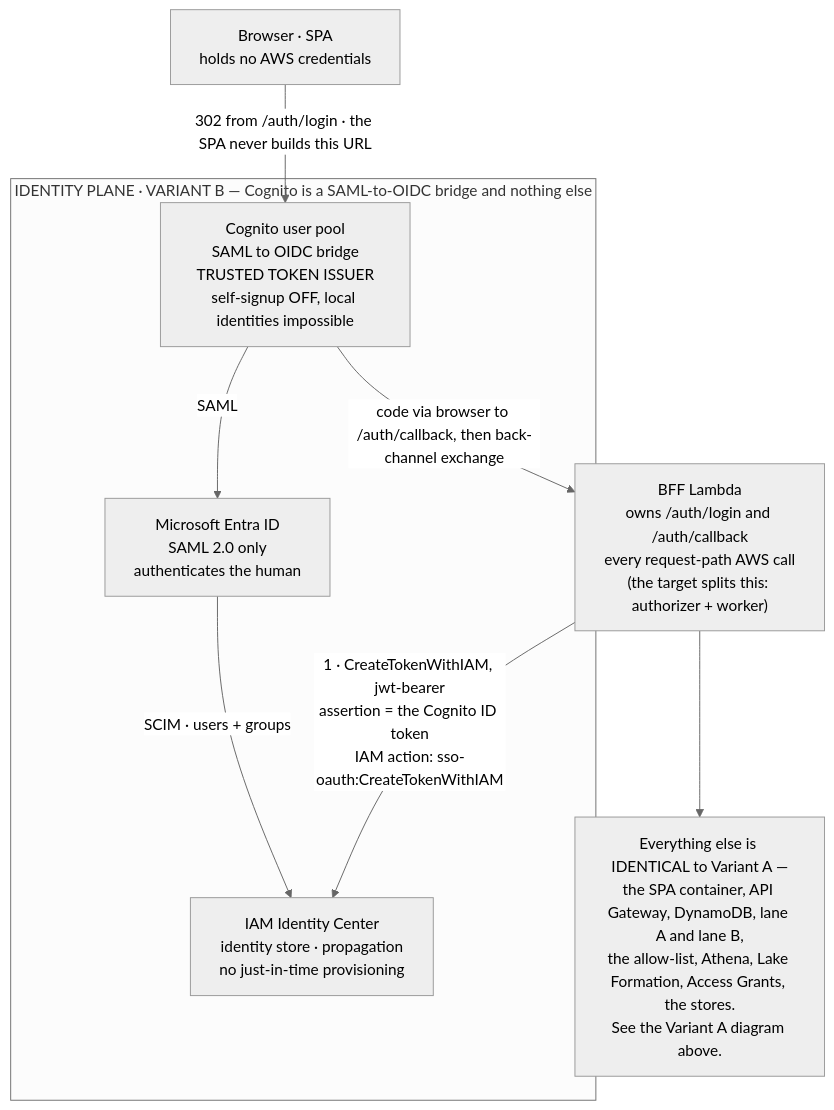
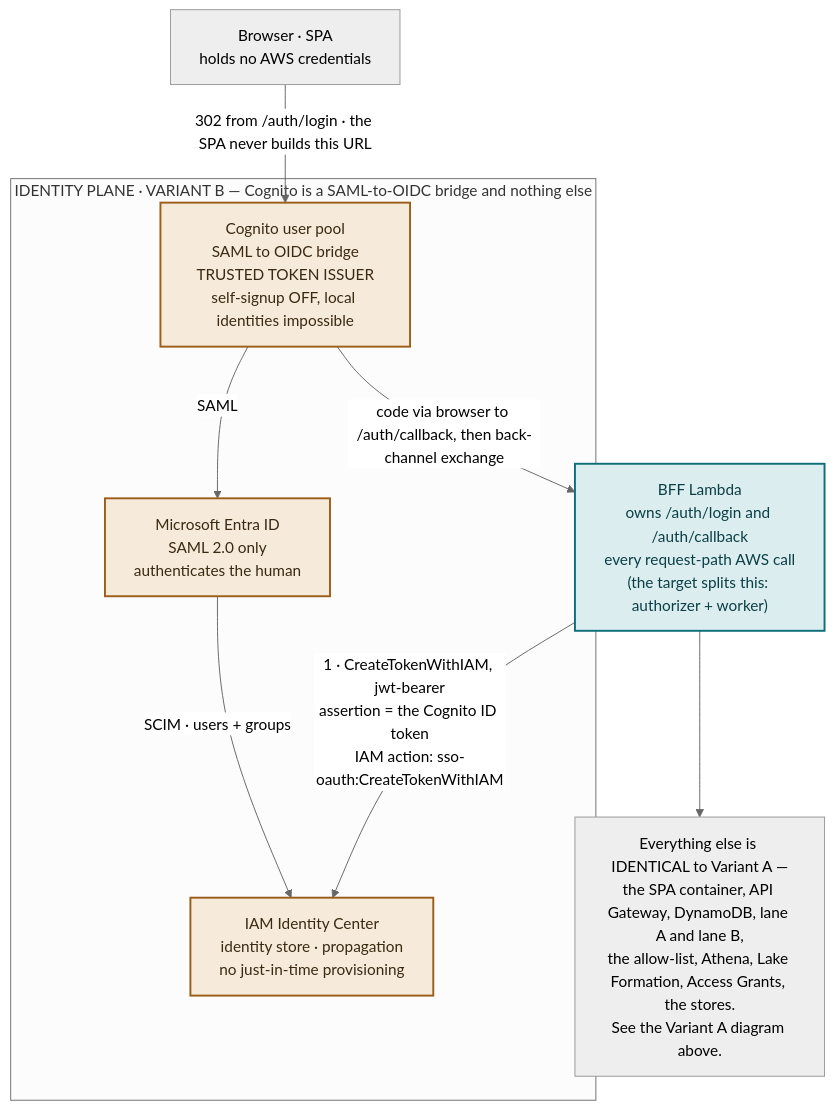
The second of 3 diagrams in docs/target-architecture-variants.md (agriffi10/data-analysis-prototype), drawn with Mermaid (neutral theme) before and after one commit. The commit also changed other lines of this file, not shown here.

Commit message:
Give the diagrams a palette that means something (#474)

````diff
--- a/docs/target-architecture-variants.md
+++ b/docs/target-architecture-variants.md
@@ -160,20 +172,25 @@
 ```mermaid
 flowchart TB
   BR["Browser · SPA<br/>holds no AWS credentials"]
 
   subgraph IDPLANE["IDENTITY PLANE · VARIANT B — Cognito is a SAML-to-OIDC bridge and nothing else"]
     COG["Cognito user pool<br/>SAML to OIDC bridge<br/>TRUSTED TOKEN ISSUER<br/>self-signup OFF, local identities impossible"]
     ENTRA["Microsoft Entra ID<br/>SAML 2.0 only<br/>authenticates the human"]
     IDC["IAM Identity Center<br/>identity store · propagation<br/>no just-in-time provisioning"]
     COG -->|"SAML"| ENTRA
     ENTRA -->|"SCIM · users + groups"| IDC
   end
 
   BFF["BFF Lambda<br/>owns /auth/login and /auth/callback<br/>every request-path AWS call<br/>(the target splits this: authorizer + worker)"]
   SAME["Everything else is IDENTICAL to Variant A —<br/>the SPA container, API Gateway, DynamoDB, lane A and lane B,<br/>the allow-list, Athena, Lake Formation, Access Grants, the stores.<br/>See the Variant A diagram above."]
 
   BR -->|"302 from /auth/login · the SPA never builds this URL"| COG
   COG -->|"code via browser to /auth/callback, then back-channel exchange"| BFF
   BFF -->|"1 · CreateTokenWithIAM, jwt-bearer<br/>assertion = the Cognito ID token<br/>IAM action: sso-oauth:CreateTokenWithIAM"| IDC
   BFF --> SAME
+
+  classDef variant fill:#F6EADA,stroke:#9B5D18,stroke-width:2px,color:#3A2A12
+  classDef session fill:#DBEDEF,stroke:#0E6E78,stroke-width:2px,color:#0B3F45
+  class COG,ENTRA,IDC variant
+  class BFF session
 ```
````
